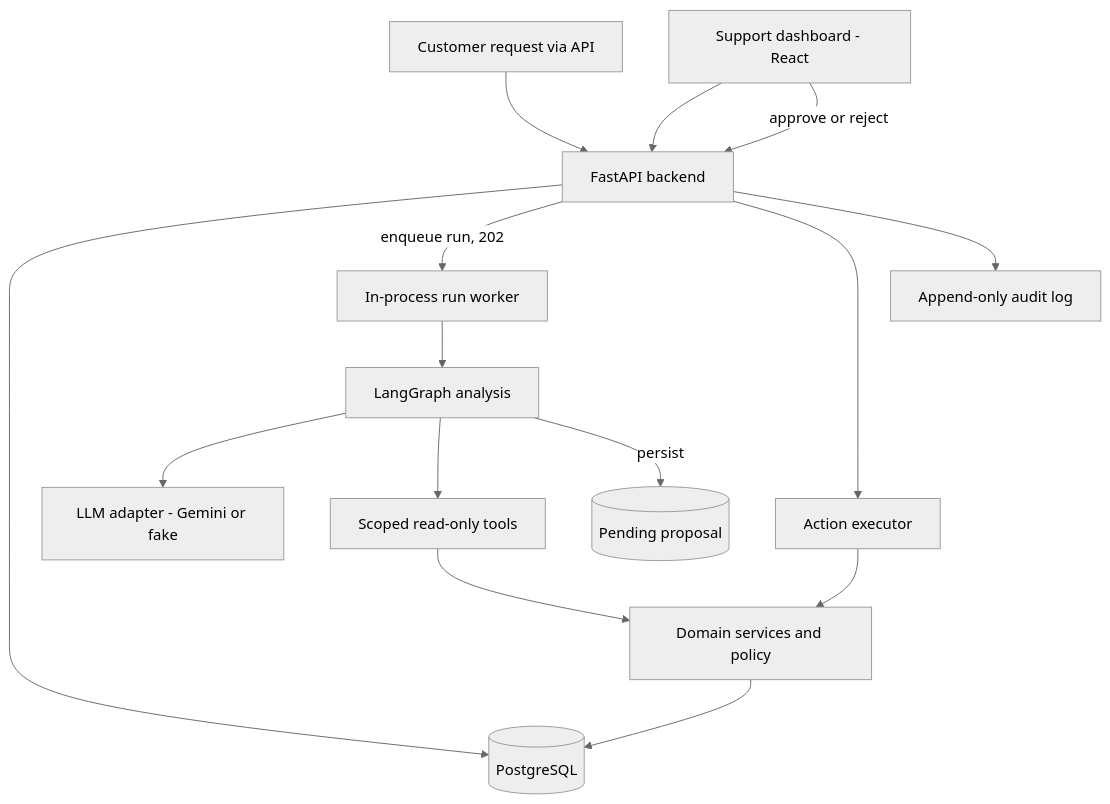
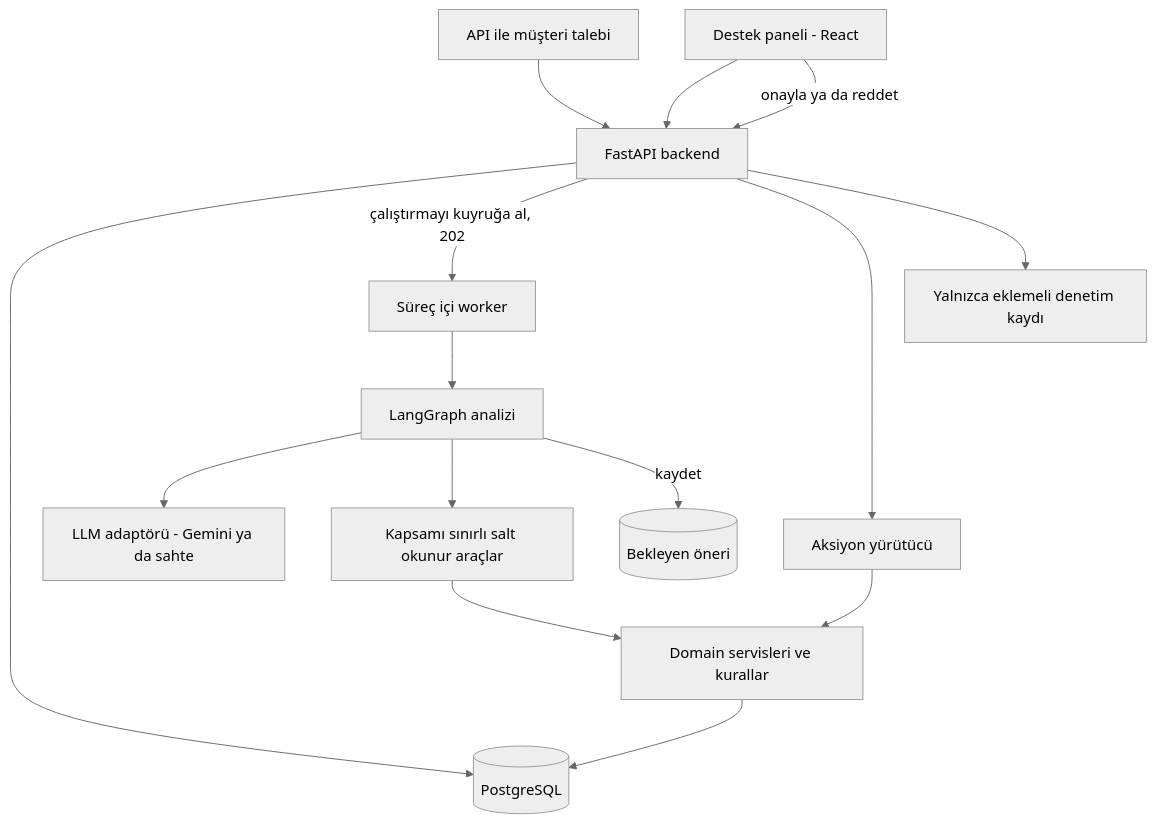
Before and after one commit to UygarYildiz/SupportFlow: the diagram in README.md, drawn with Mermaid (neutral theme). The commit also changed other lines of this file and 55 other files, not shown here.

````diff
--- a/README.md
+++ b/README.md
@@ -50,17 +50,17 @@
 ```mermaid
 flowchart TD
-    C[Customer request via API] --> API[FastAPI backend]
-    U[Support dashboard - React] --> API
+    C[API ile müşteri talebi] --> API[FastAPI backend]
+    U[Destek paneli - React] --> API
     API --> DB[(PostgreSQL)]
-    API -->|enqueue run, 202| W[In-process run worker]
-    W --> G[LangGraph analysis]
-    G --> LLM[LLM adapter - Gemini or fake]
-    G --> T[Scoped read-only tools]
-    T --> S[Domain services and policy]
-    G -->|persist| P[(Pending proposal)]
-    U -->|approve or reject| API
-    API --> X[Action executor]
+    API -->|çalıştırmayı kuyruğa al, 202| W[Süreç içi worker]
+    W --> G[LangGraph analizi]
+    G --> LLM[LLM adaptörü - Gemini ya da sahte]
+    G --> T[Kapsamı sınırlı salt okunur araçlar]
+    T --> S[Domain servisleri ve kurallar]
+    G -->|kaydet| P[(Bekleyen öneri)]
+    U -->|onayla ya da reddet| API
+    API --> X[Aksiyon yürütücü]
     X --> S
     S --> DB
-    API --> A[Append-only audit log]
+    API --> A[Yalnızca eklemeli denetim kaydı]
 ```
````
